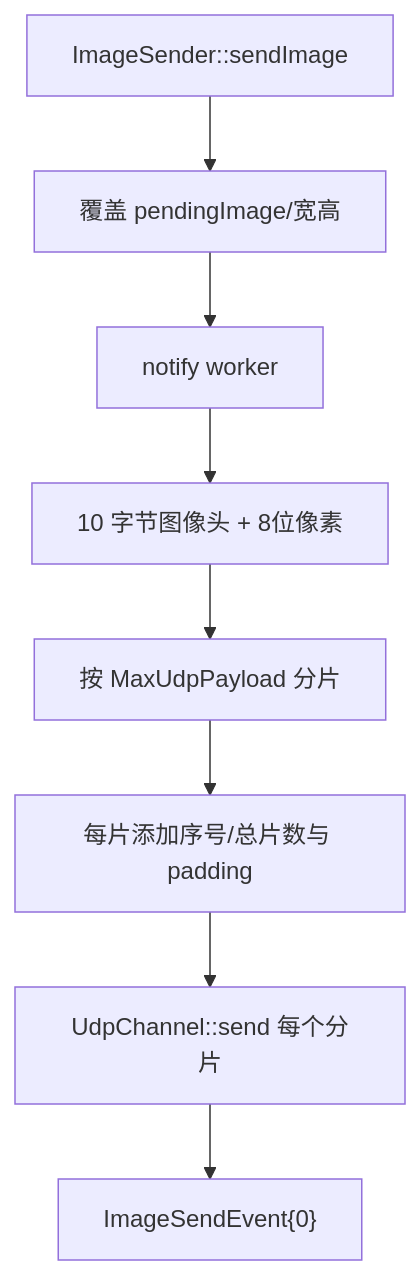
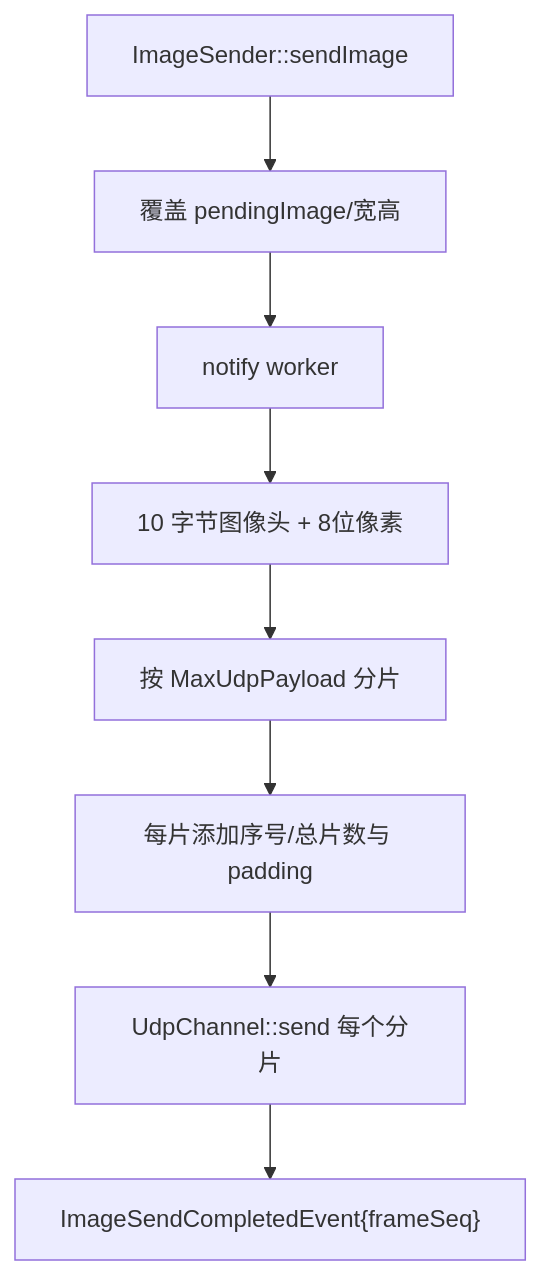
One commit to with-fair-wind/1mZGG changed the fourth of 6 diagrams in docs/module-network.md. Above: the diagram before and after it, drawn with Mermaid. The commit also changed other lines of this file and 61 other files, not shown here.

````diff
--- a/docs/module-network.md
+++ b/docs/module-network.md
@@ -218,10 +225,10 @@
 ```mermaid
 flowchart TD
     CALL["ImageSender::sendImage"] --> LATEST["覆盖 pendingImage/宽高"]
     LATEST --> WAKE["notify worker"]
     WAKE --> ENCODE["10 字节图像头 + 8位像素"]
     ENCODE --> SPLIT["按 MaxUdpPayload 分片"]
     SPLIT --> HEADER["每片添加序号/总片数与 padding"]
     HEADER --> SEND["UdpChannel::send 每个分片"]
-    SEND --> EVENT["ImageSendEvent{0}"]
+    SEND --> EVENT["ImageSendCompletedEvent{frameSeq}"]
 ```
````
